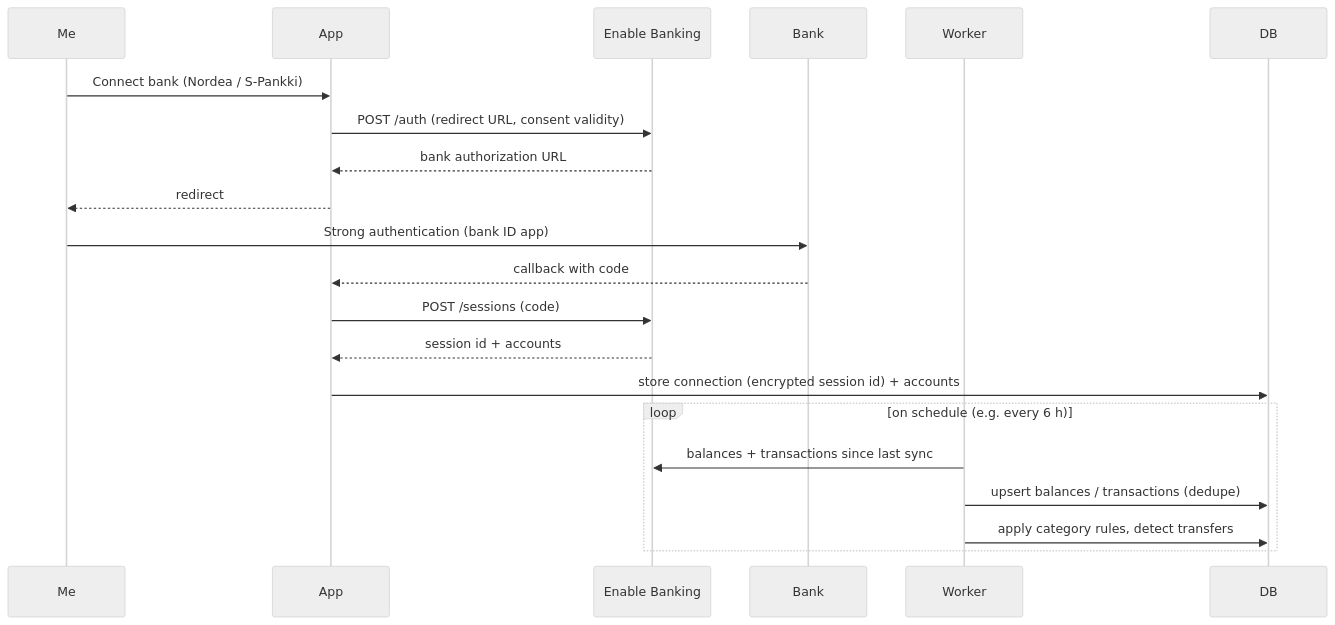
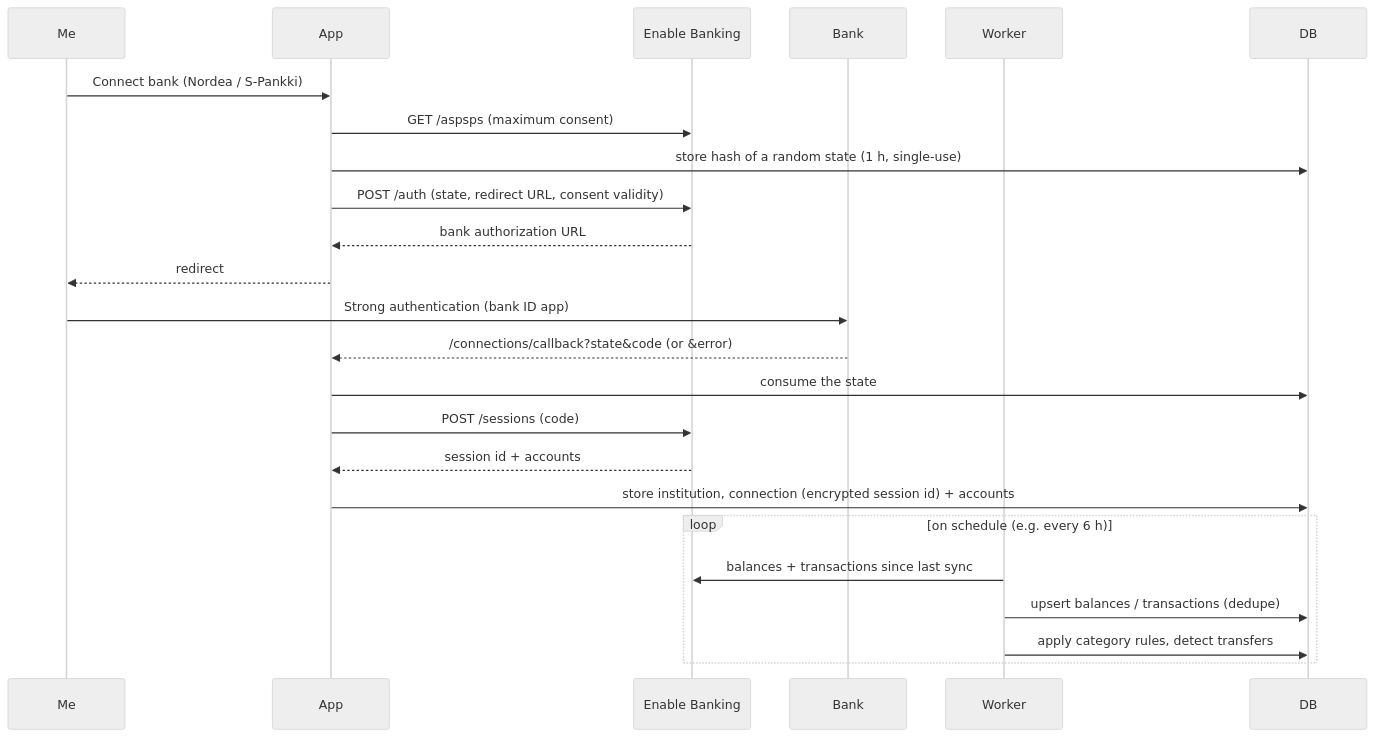
Before and after one commit to Eemelinen/personal-finances: the second of 2 diagrams in docs/architecture.md, drawn with Mermaid (neutral theme). The commit also changed other lines of this file and 32 other files, not shown here.

First line of the commit message:
feat(F-007): Connect-bank flow (#25)

````diff
--- a/docs/architecture.md
+++ b/docs/architecture.md
@@ -180,25 +186,28 @@
 ```mermaid
 sequenceDiagram
   participant Me
   participant App
   participant EB as Enable Banking
   participant Bank
   participant Worker
   participant DB
 
   Me->>App: Connect bank (Nordea / S-Pankki)
-  App->>EB: POST /auth (redirect URL, consent validity)
+  App->>EB: GET /aspsps (maximum consent)
+  App->>DB: store hash of a random state (1 h, single-use)
+  App->>EB: POST /auth (state, redirect URL, consent validity)
   EB-->>App: bank authorization URL
   App-->>Me: redirect
   Me->>Bank: Strong authentication (bank ID app)
-  Bank-->>App: callback with code
+  Bank-->>App: /connections/callback?state&code (or &error)
+  App->>DB: consume the state
   App->>EB: POST /sessions (code)
   EB-->>App: session id + accounts
-  App->>DB: store connection (encrypted session id) + accounts
+  App->>DB: store institution, connection (encrypted session id) + accounts
 
   loop on schedule (e.g. every 6 h)
     Worker->>EB: balances + transactions since last sync
     Worker->>DB: upsert balances / transactions (dedupe)
     Worker->>DB: apply category rules, detect transfers
   end
 ```
````
